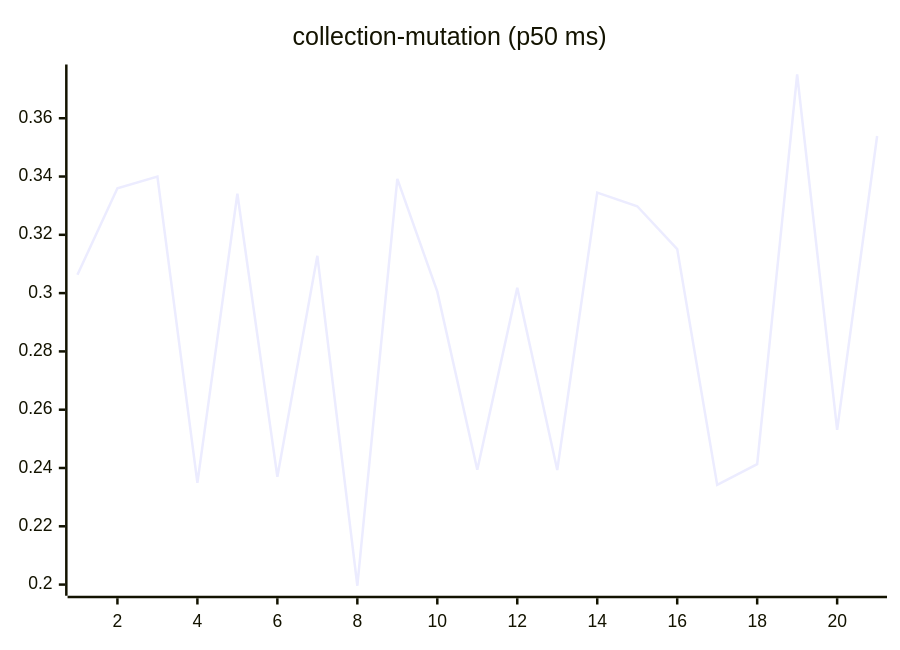
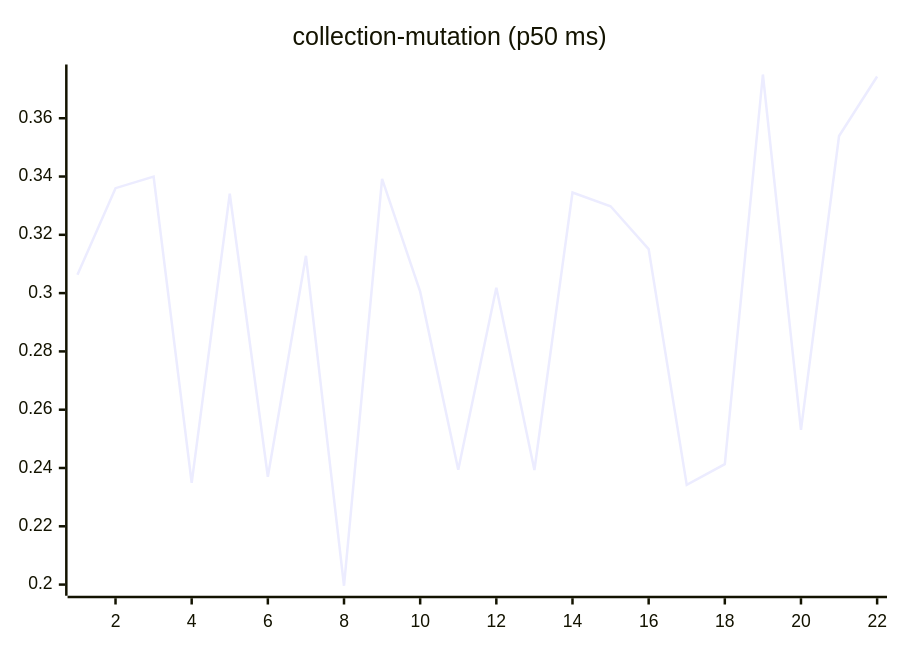
One commit to josha/Facet changed the sixth of 27 diagrams in README.md. Above: the diagram before and after it, drawn with Mermaid. The commit also changed other lines of this file and 2 other files, not shown here.

````diff
--- a/README.md
+++ b/README.md
@@ -98,6 +98,6 @@
 ```mermaid
 xychart-beta
     title "collection-mutation (p50 ms)"
-    x-axis 1 --> 21
-    line [0.3063, 0.3360, 0.3400, 0.2349, 0.3341, 0.2370, 0.3128, 0.1996, 0.3392, 0.3005, 0.2394, 0.3018, 0.2393, 0.3345, 0.3298, 0.3151, 0.2342, 0.2413, 0.3750, 0.2531, 0.3539]
+    x-axis 1 --> 22
+    line [0.3063, 0.3360, 0.3400, 0.2349, 0.3341, 0.2370, 0.3128, 0.1996, 0.3392, 0.3005, 0.2394, 0.3018, 0.2393, 0.3345, 0.3298, 0.3151, 0.2342, 0.2413, 0.3750, 0.2531, 0.3539, 0.3743]
 ```
````
